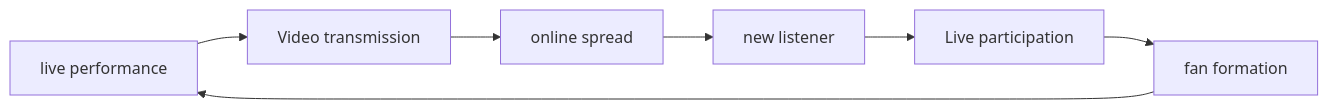
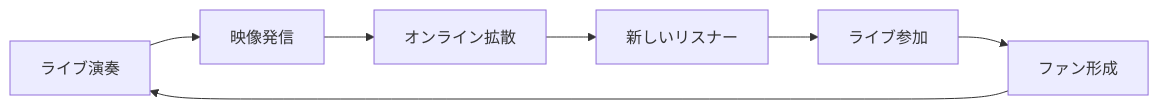
Diagram 15 of 16 in en/_posts/2026-08-04-column-high-fade.md (monumental-movement/monumental-movement.github.io), drawn with Mermaid before and after one commit. The commit also changed other lines of this file and 2196 other files, not shown here.

```diff
--- a/en/_posts/2026-08-04-column-high-fade.md
+++ b/en/_posts/2026-08-04-column-high-fade.md
@@ -1681,16 +1680,16 @@
 <div class="mermaid">
 flowchart LR
-A[live performance]
-B[Video transmission]
-C[online spread]
-D[new listener]
-E[Live participation]
-F[fan formation]
+A[ライブ演奏]
+B[映像発信]
+C[オンライン拡散]
+D[新しいリスナー]
+E[ライブ参加]
+F[ファン形成]
 
 A --> B
 B --> C
 C --> D
 D --> E
 E --> F
 F --> A
 </div>
```
